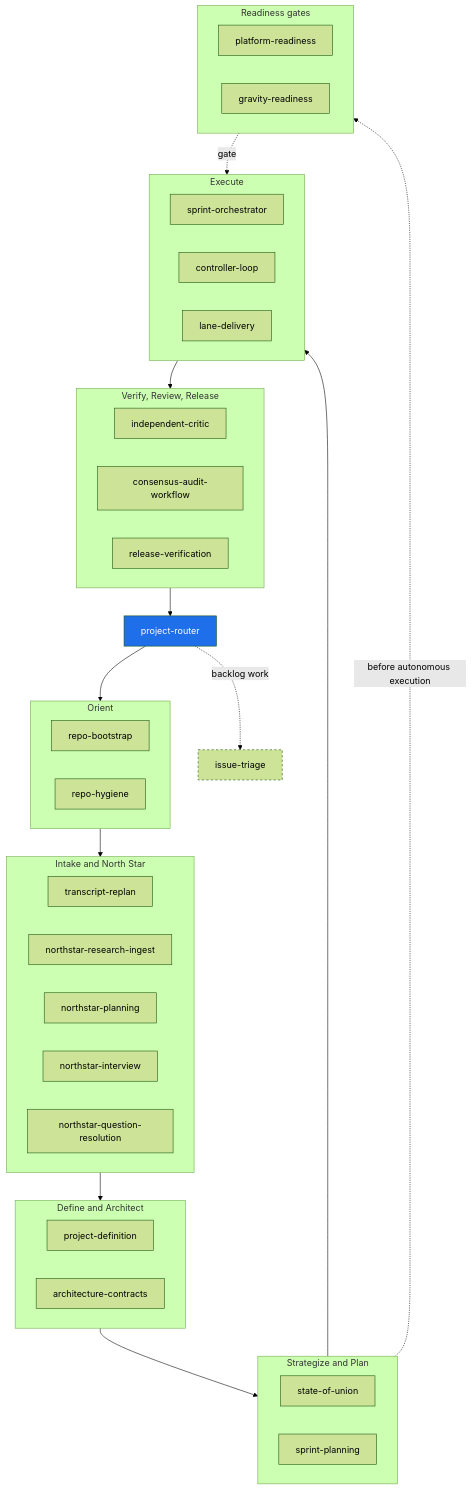
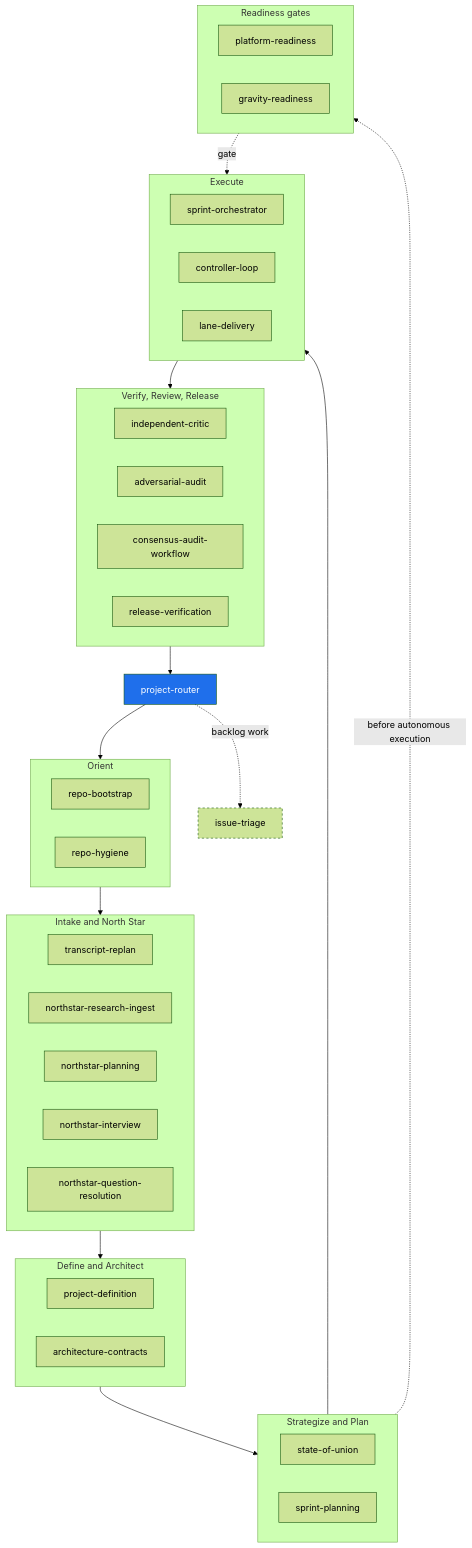
One commit to VerdifyConsultancy/verdify-skills changed the first of 2 diagrams in docs/skills/README.md. Above: the diagram before and after it, drawn with Mermaid (forest theme). The commit also changed other lines of this file and 13 other files, not shown here.

Commit message:
Add adversarial-audit skill

````diff
--- a/docs/skills/README.md
+++ b/docs/skills/README.md
@@ -27,46 +27,47 @@
 ```mermaid
 flowchart TD
     R[project-router]:::route
 
     subgraph ORIENT["Orient"]
       RB[repo-bootstrap]
       RH[repo-hygiene]
     end
     subgraph NS["Intake and North Star"]
       TR[transcript-replan]
       RI[northstar-research-ingest]
       NP[northstar-planning]
       NI[northstar-interview]
       NQ[northstar-question-resolution]
     end
     subgraph DEF["Define and Architect"]
       PD[project-definition]
       AC[architecture-contracts]
     end
     subgraph PLAN["Strategize and Plan"]
       SU[state-of-union]
       SP[sprint-planning]
     end
     subgraph EXEC["Execute"]
       SO[sprint-orchestrator]
       CL[controller-loop]
       LD[lane-delivery]
     end
     subgraph VERIFY["Verify, Review, Release"]
       IC[independent-critic]
+      AA[adversarial-audit]
       CA[consensus-audit-workflow]
       RV[release-verification]
     end
     subgraph GATES["Readiness gates"]
       PR[platform-readiness]
       GR[gravity-readiness]
     end
 
     R --> ORIENT --> NS --> DEF --> PLAN --> EXEC --> VERIFY --> R
     PLAN -. before autonomous execution .-> GATES
     GATES -. gate .-> EXEC
     R -. backlog work .-> IT[issue-triage]:::standalone
 
     classDef route fill:#1f6feb,color:#fff;
     classDef standalone stroke-dasharray: 4 4;
 ```
````
